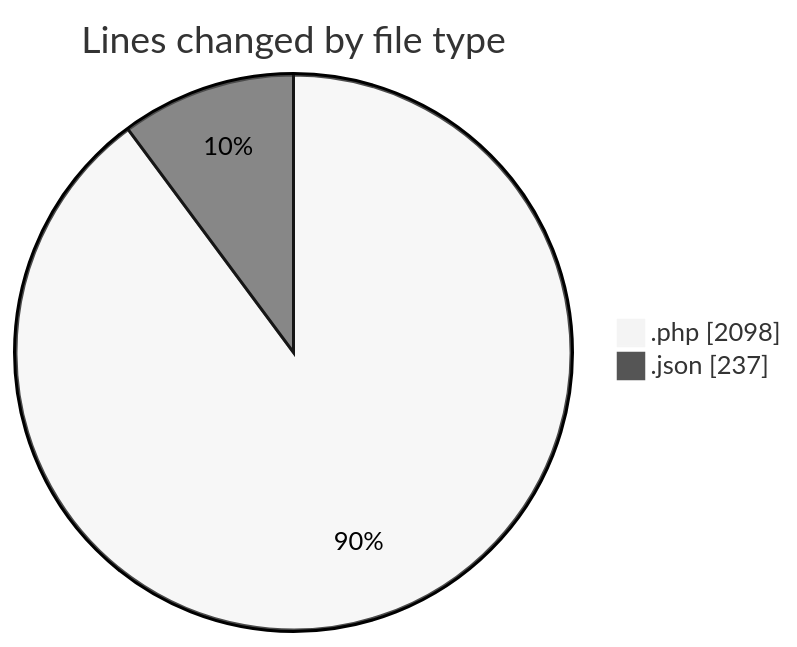
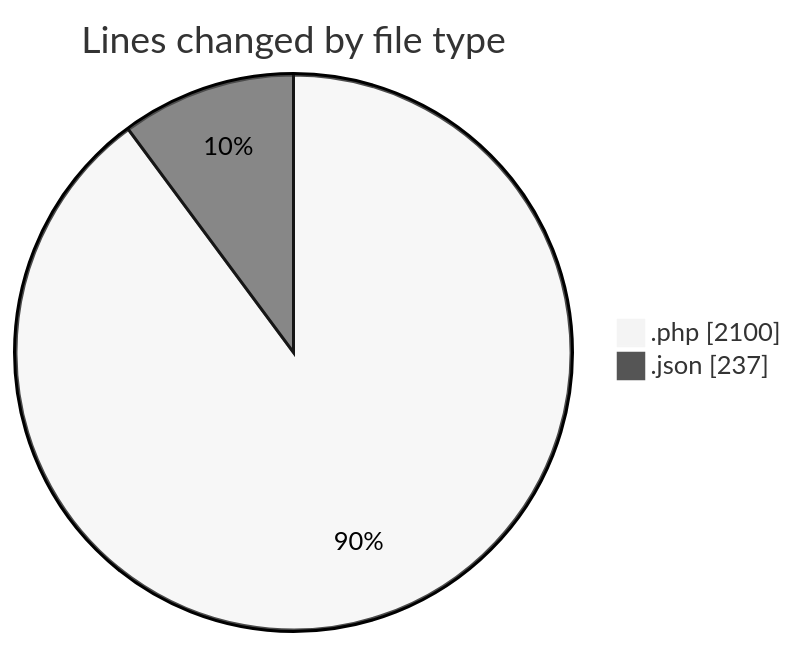
Before and after one commit to idhammustaqopulfikri/code-tracking: the first of 2 diagrams in 2025-06-23/studio-backend/README.md, drawn with Mermaid (neutral theme). The commit also changed other lines of this file and 1 other file, not shown here.

````diff
--- a/2025-06-23/studio-backend/README.md
+++ b/2025-06-23/studio-backend/README.md
@@ -24,6 +24,6 @@
 ```mermaid
 pie showData
 title Lines changed by file type
-".php" : 2098
+".php" : 2100
 ".json" : 237
 ```
````
